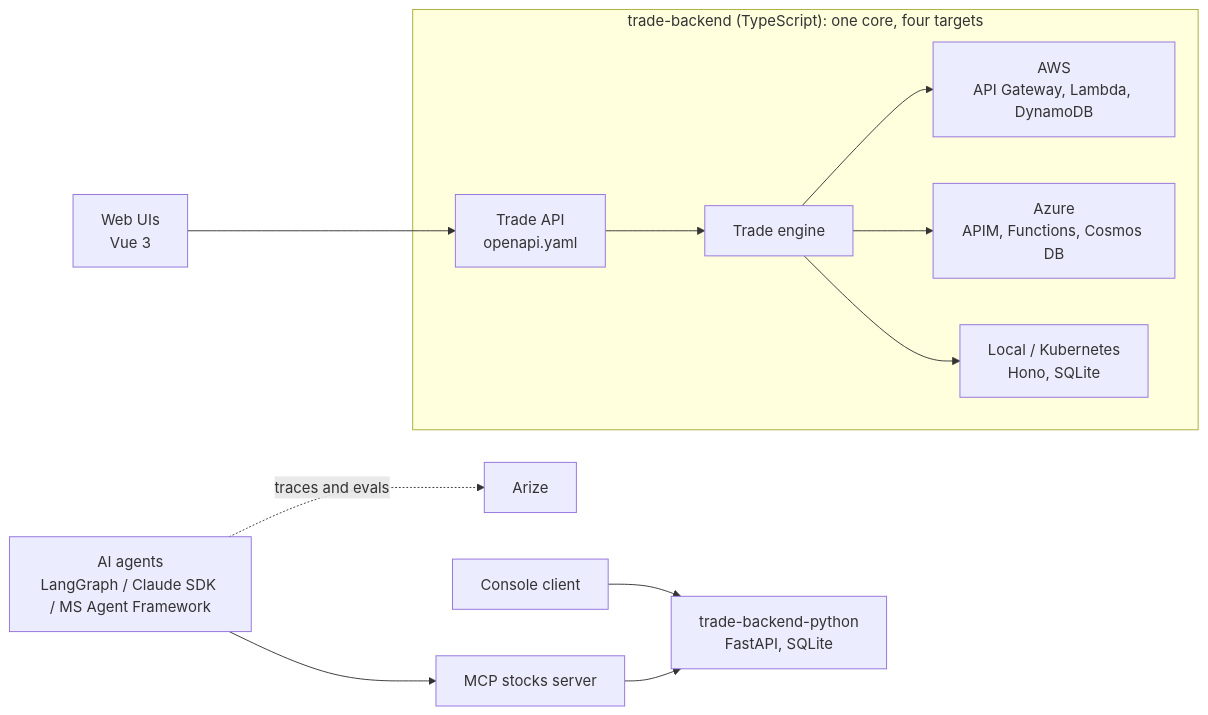
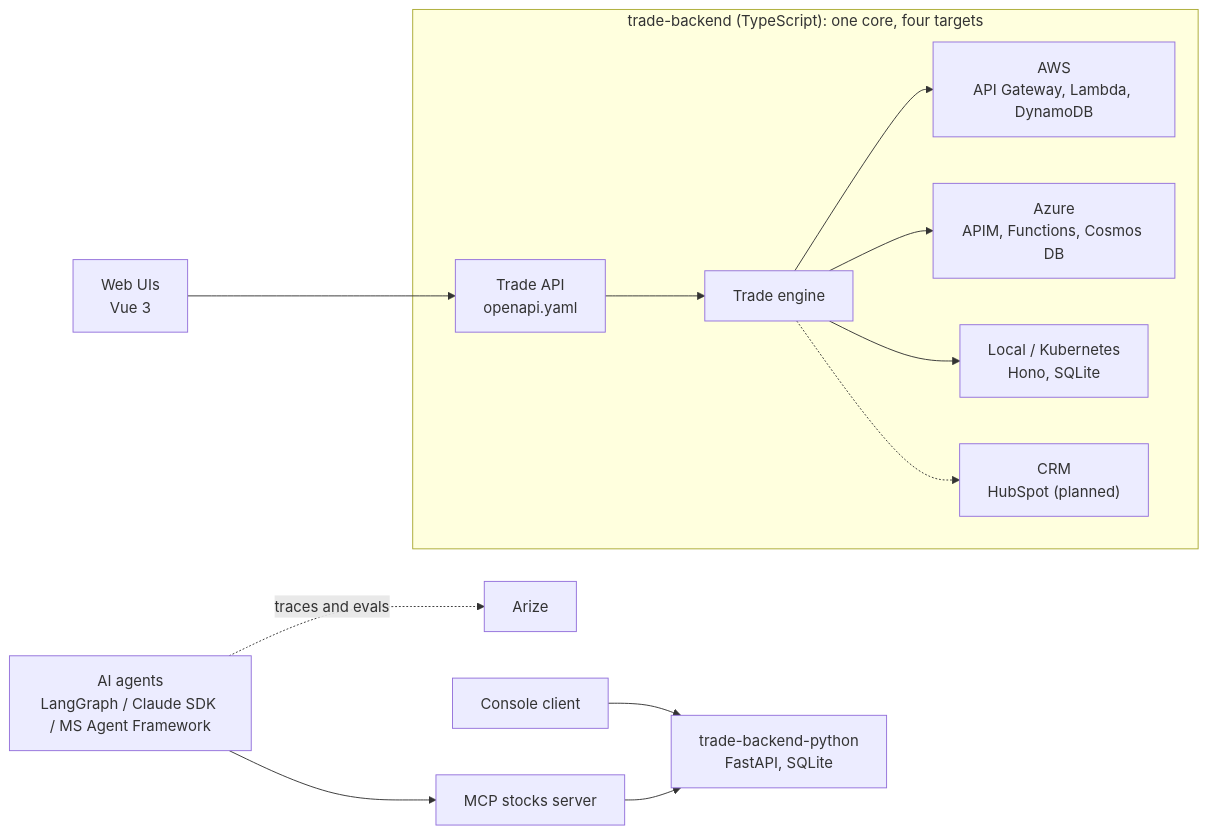
Before and after one commit to alexbcbr/stock-market-simulator: the diagram in README.md, drawn with Mermaid. The commit also changed 49 other files, not shown here.

````diff
--- a/README.md
+++ b/README.md
@@ -21,16 +21,17 @@
 ```mermaid
 flowchart LR
     UI["Web UIs<br/>Vue 3"] --> API
     CON["Console client"] --> PY
     AG["AI agents<br/>LangGraph / Claude SDK / MS Agent Framework"] --> MCP["MCP stocks server"] --> PY
 
     subgraph TS["trade-backend (TypeScript): one core, four targets"]
         API["Trade API<br/>openapi.yaml"] --> CORE["Trade engine"]
         CORE --> T1["AWS<br/>API Gateway, Lambda, DynamoDB"]
         CORE --> T2["Azure<br/>APIM, Functions, Cosmos DB"]
         CORE --> T3["Local / Kubernetes<br/>Hono, SQLite"]
+        CORE -.-> CRM["CRM<br/>HubSpot (planned)"]
     end
 
     PY["trade-backend-python<br/>FastAPI, SQLite"]
     AG -.traces and evals.-> ARIZE["Arize"]
 ```
````
